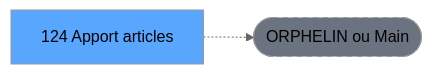
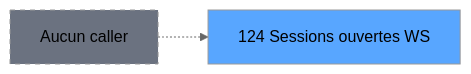
The second of 3 diagrams in .openspec/specs/ADH-IDE-124.md (thonyAGP/magic-migration), drawn with Mermaid (neutral theme) before and after one commit. The commit also changed other lines of this file and 311 other files, not shown here.

````diff
--- a/.openspec/specs/ADH-IDE-124.md
+++ b/.openspec/specs/ADH-IDE-124.md
@@ -125,8 +146,8 @@
 ```mermaid
 graph LR
-    T[124 Apport articles]
-    ORPHAN([ORPHELIN ou Main])
-    T -.-> ORPHAN
-    style T fill:#58a6ff,color:#000
-    style ORPHAN fill:#6b7280,stroke-dasharray: 5 5
+    T124[124 Sessions ouvertes WS]
+    style T124 fill:#58a6ff
+    NONE[Aucun caller]
+    NONE -.-> T124
+    style NONE fill:#6b7280,stroke-dasharray: 5 5
 ```
````
